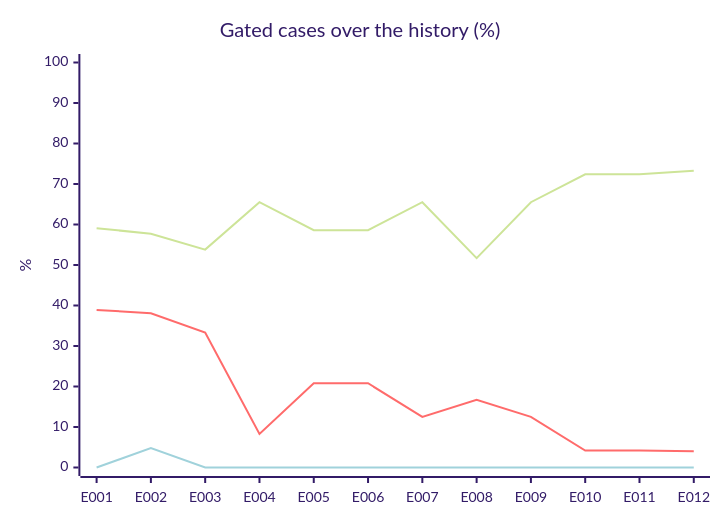
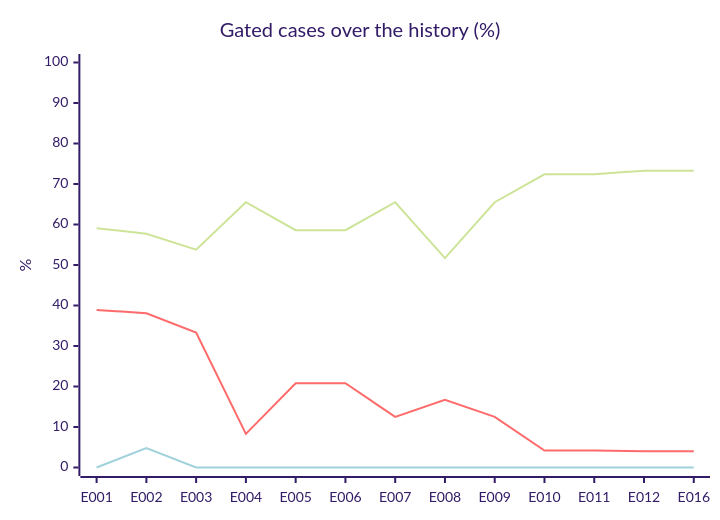
Before and after one commit to acarbonellb/anti-fraud-agent: the second of 2 diagrams in evals/report.md, drawn with Mermaid (forest theme). The commit also changed other lines of this file and 74 other files, not shown here.

````diff
--- a/evals/report.md
+++ b/evals/report.md
@@ -132,9 +134,9 @@
 ```mermaid
 xychart-beta
   title "Gated cases over the history (%)"
-  x-axis [E001, E002, E003, E004, E005, E006, E007, E008, E009, E010, E011, E012]
+  x-axis [E001, E002, E003, E004, E005, E006, E007, E008, E009, E010, E011, E012, E016]
   y-axis "%" 0 --> 100
-  line [59.1, 57.7, 53.8, 65.5, 58.6, 58.6, 65.5, 51.7, 65.5, 72.4, 72.4, 73.3]
-  line [38.9, 38.1, 33.3, 8.3, 20.8, 20.8, 12.5, 16.7, 12.5, 4.2, 4.2, 4]
-  line [0, 4.8, 0, 0, 0, 0, 0, 0, 0, 0, 0, 0]
+  line [59.1, 57.7, 53.8, 65.5, 58.6, 58.6, 65.5, 51.7, 65.5, 72.4, 72.4, 73.3, 73.3]
+  line [38.9, 38.1, 33.3, 8.3, 20.8, 20.8, 12.5, 16.7, 12.5, 4.2, 4.2, 4, 4]
+  line [0, 4.8, 0, 0, 0, 0, 0, 0, 0, 0, 0, 0, 0]
 ```
````
